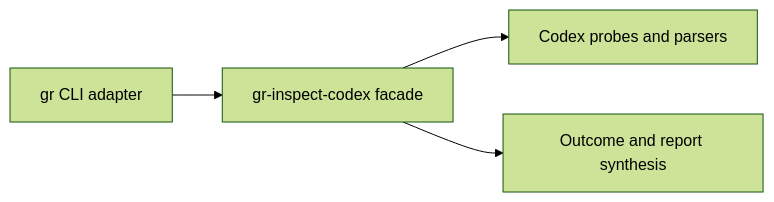
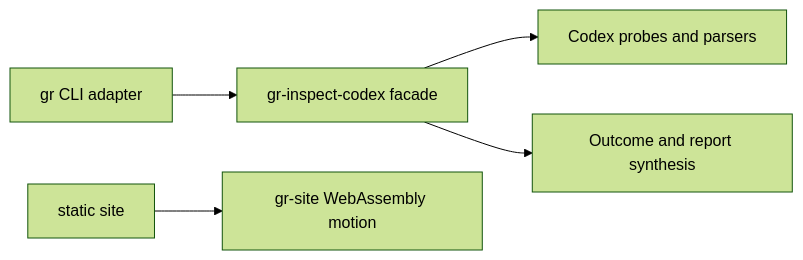
One commit to heurema/goalrail-rs changed the diagram in ARCHITECTURE-SPINE.md. Above: the diagram before and after it, drawn with Mermaid (forest theme). The commit also changed other lines of this file and 17 other files, not shown here.

````diff
--- a/ARCHITECTURE-SPINE.md
+++ b/ARCHITECTURE-SPINE.md
@@ -16,6 +16,7 @@
 ```mermaid
 flowchart LR
     CLI["gr CLI adapter"] --> Facade["gr-inspect-codex facade"]
     Facade --> Probes["Codex probes and parsers"]
     Facade --> Report["Outcome and report synthesis"]
+    Browser["static site"] --> Motion["gr-site WebAssembly motion"]
 ```
````
